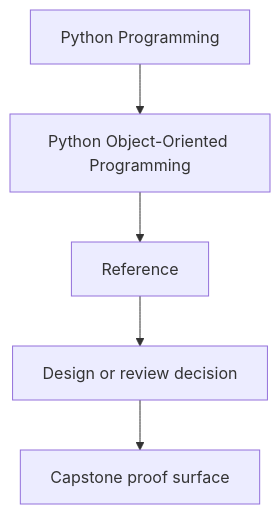
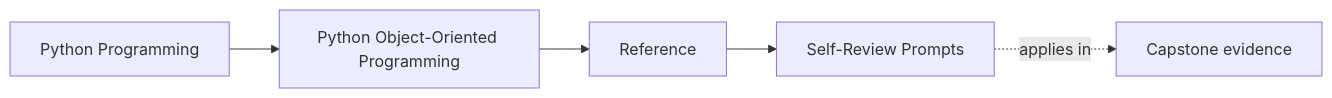
One commit to bijux/bijux-masterclass changed the first of 2 diagrams in programs/python-programming/python-object-oriented-programming/course-book/reference/self-review-prompts.md. Above: the diagram before and after it, drawn with Mermaid. The commit also changed other lines of this file and 103 other files, not shown here.

Commit message:
docs(python-object-oriented-programming): map sustainment and capstone surfaces

````diff
--- a/programs/python-programming/python-object-oriented-programming/course-book/reference/self-review-prompts.md
+++ b/programs/python-programming/python-object-oriented-programming/course-book/reference/self-review-prompts.md
@@ -6,7 +6,11 @@
 ```mermaid
-flowchart TD
-  family["Python Programming"] --> program["Python Object-Oriented Programming"]
-  program --> reference["Reference"]
-  reference --> review["Design or review decision"]
-  review --> capstone["Capstone proof surface"]
+graph LR
+  family["Python Programming"]
+  program["Python Object-Oriented Programming"]
+  section["Reference"]
+  page["Self-Review Prompts"]
+  capstone["Capstone evidence"]
+
+  family --> program --> section --> page
+  page -.applies in.-> capstone
 ```
````
